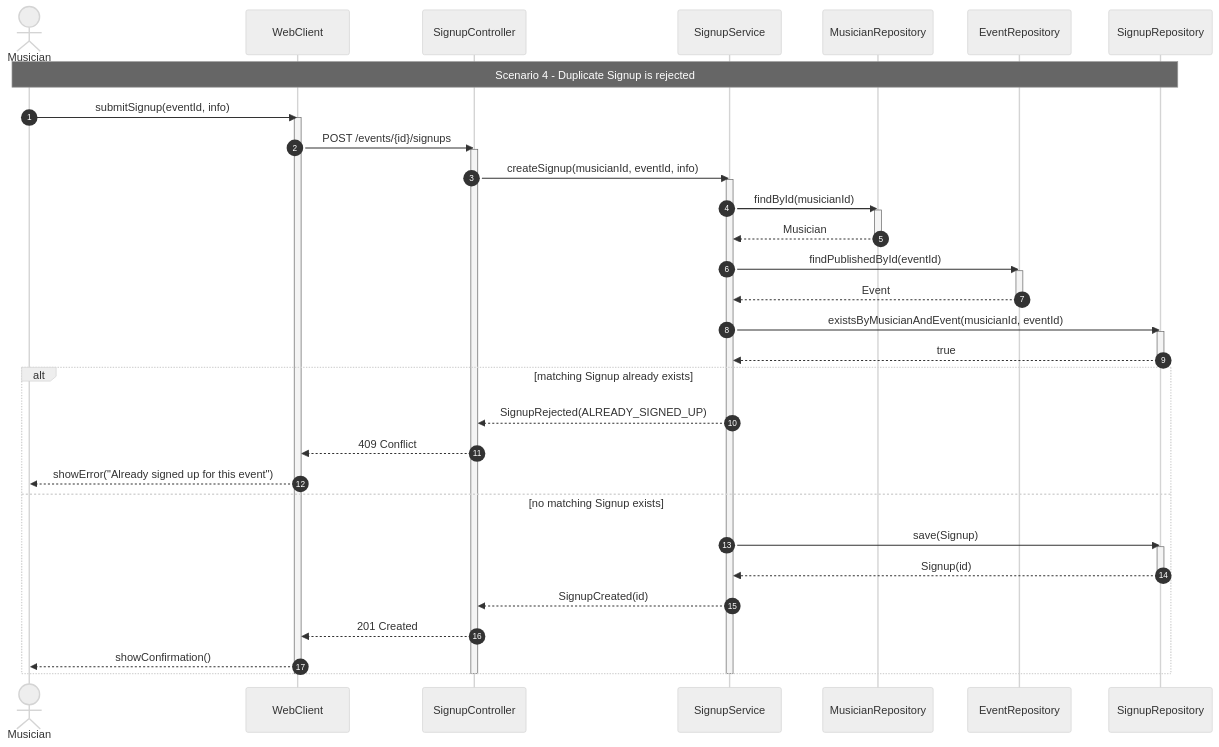
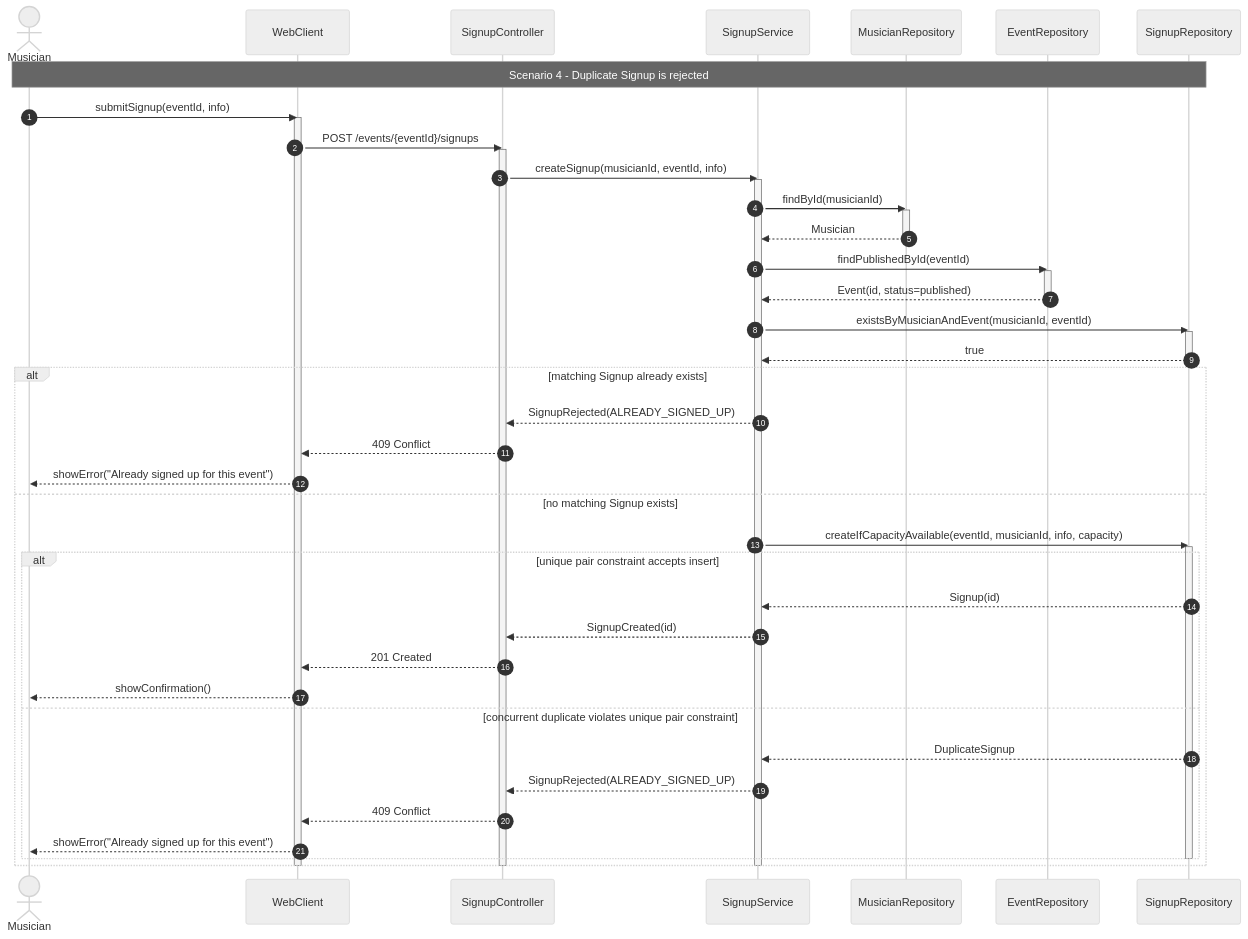
Before and after one commit to therealsunfl0wer/SMRA-labs: the diagram in 3-sequence/diagrams/scenario-04-signup-duplicate.mmd, drawn with Mermaid (neutral theme).

Commit message:
ai: align duplicate signup sequence with uniqueness constraint

```diff
--- a/3-sequence/diagrams/scenario-04-signup-duplicate.mmd
+++ b/3-sequence/diagrams/scenario-04-signup-duplicate.mmd
@@ -1,44 +1,51 @@
 sequenceDiagram
     autonumber
     actor M as Musician
     participant UI as WebClient
     participant API as SignupController
     participant SS as SignupService
     participant MR as MusicianRepository
     participant ER as EventRepository
     participant SR as SignupRepository
     Note over M,SR: Scenario 4 - Duplicate Signup is rejected
     M->>UI: submitSignup(eventId, info)
     activate UI
-    UI->>API: POST /events/{id}/signups
+    UI->>API: POST /events/{eventId}/signups
     activate API
     API->>SS: createSignup(musicianId, eventId, info)
     activate SS
     SS->>MR: findById(musicianId)
     activate MR
     MR-->>SS: Musician
     deactivate MR
     SS->>ER: findPublishedById(eventId)
     activate ER
-    ER-->>SS: Event
+    ER-->>SS: Event(id, status=published)
     deactivate ER
     SS->>SR: existsByMusicianAndEvent(musicianId, eventId)
     activate SR
     SR-->>SS: true
     deactivate SR
     alt matching Signup already exists
         SS-->>API: SignupRejected(ALREADY_SIGNED_UP)
         API-->>UI: 409 Conflict
         UI-->>M: showError("Already signed up for this event")
     else no matching Signup exists
-        SS->>SR: save(Signup)
+        SS->>SR: createIfCapacityAvailable(eventId, musicianId, info, capacity)
         activate SR
-        SR-->>SS: Signup(id)
+        alt unique pair constraint accepts insert
+            SR-->>SS: Signup(id)
+            SS-->>API: SignupCreated(id)
+            API-->>UI: 201 Created
+            UI-->>M: showConfirmation()
+        else concurrent duplicate violates unique pair constraint
+            SR-->>SS: DuplicateSignup
+            SS-->>API: SignupRejected(ALREADY_SIGNED_UP)
+            API-->>UI: 409 Conflict
+            UI-->>M: showError("Already signed up for this event")
+        end
         deactivate SR
-        SS-->>API: SignupCreated(id)
-        API-->>UI: 201 Created
-        UI-->>M: showConfirmation()
     end
     deactivate SS
     deactivate API
     deactivate UI
```
